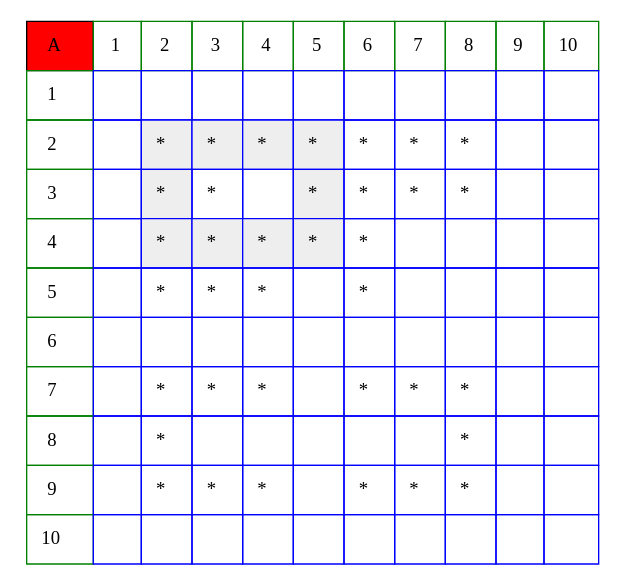
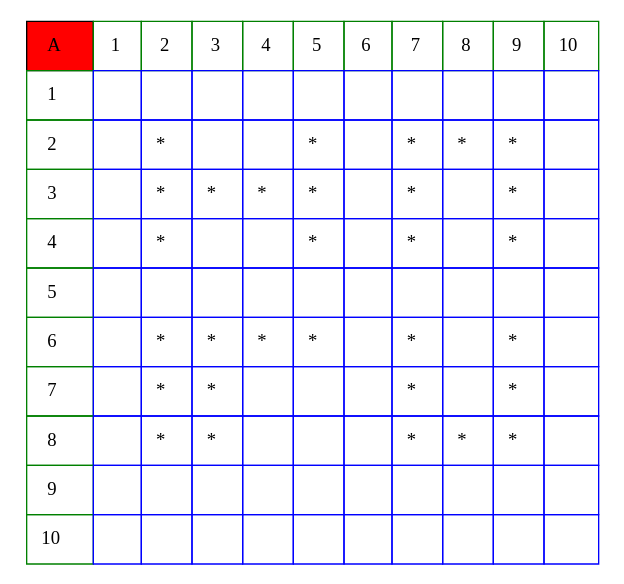
Before and after one commit to AbidelLux/Proyecto02_1S2021IPC2_JAMES: the diagram in Resultado.dot, drawn with Graphviz. The commit also changed 8 other files, not shown here.

```diff
--- a/Resultado.dot
+++ b/Resultado.dot
@@ -1,21 +1,21 @@
 digraph {
 	tbl [
 	size="4,4"
 	shape=plaintext
 	label=<
 
 		<table border="0" color="green" cellpadding="10" cellborder="1" cellspacing="0">
 	<tr><td bgcolor = "red" color="black"> A </td><td color="green">1</td><td color="green">2</td><td color="green">3</td><td color="green">4</td><td color="green">5</td><td color="green">6</td><td color="green">7</td><td color="green">8</td><td color="green">9</td><td color="green">10</td></tr>
 			<tr><td color="green"> 1 </td><td color="blue">   </td><td color="blue">   </td><td color="blue">   </td><td color="blue">   </td><td color="blue">   </td><td color="blue">   </td><td color="blue">   </td><td color="blue">   </td><td color="blue">   </td><td color="blue">   </td></tr>
-			<tr><td color="green"> 2 </td><td color="blue">   </td><td color="blue" bgcolor="#eeeeee"> * </td><td color="blue" bgcolor="#eeeeee"> * </td><td color="blue" bgcolor="#eeeeee"> * </td><td color="blue" bgcolor="#eeeeee"> * </td><td color="blue"> * </td><td color="blue"> * </td><td color="blue"> * </td><td color="blue">   </td><td color="blue">   </td></tr>
-			<tr><td color="green"> 3 </td><td color="blue">   </td><td color="blue" bgcolor="#eeeeee"> * </td><td color="blue"> * </td><td color="blue">   </td><td color="blue" bgcolor="#eeeeee"> * </td><td color="blue"> * </td><td color="blue"> * </td><td color="blue"> * </td><td color="blue">   </td><td color="blue">   </td></tr>
-			<tr><td color="green"> 4 </td><td color="blue">   </td><td color="blue" bgcolor="#eeeeee"> * </td><td color="blue" bgcolor="#eeeeee"> * </td><td color="blue" bgcolor="#eeeeee"> * </td><td color="blue" bgcolor="#eeeeee"> * </td><td color="blue"> * </td><td color="blue">   </td><td color="blue">   </td><td color="blue">   </td><td color="blue">   </td></tr>
-			<tr><td color="green"> 5 </td><td color="blue">   </td><td color="blue"> * </td><td color="blue"> * </td><td color="blue"> * </td><td color="blue">   </td><td color="blue"> * </td><td color="blue">   </td><td color="blue">   </td><td color="blue">   </td><td color="blue">   </td></tr>
-			<tr><td color="green"> 6 </td><td color="blue">   </td><td color="blue">   </td><td color="blue">   </td><td color="blue">   </td><td color="blue">   </td><td color="blue">   </td><td color="blue">   </td><td color="blue">   </td><td color="blue">   </td><td color="blue">   </td></tr>
-			<tr><td color="green"> 7 </td><td color="blue">   </td><td color="blue"> * </td><td color="blue"> * </td><td color="blue"> * </td><td color="blue">   </td><td color="blue"> * </td><td color="blue"> * </td><td color="blue"> * </td><td color="blue">   </td><td color="blue">   </td></tr>
-			<tr><td color="green"> 8 </td><td color="blue">   </td><td color="blue"> * </td><td color="blue">   </td><td color="blue">   </td><td color="blue">   </td><td color="blue">   </td><td color="blue">   </td><td color="blue"> * </td><td color="blue">   </td><td color="blue">   </td></tr>
-			<tr><td color="green"> 9 </td><td color="blue">   </td><td color="blue"> * </td><td color="blue"> * </td><td color="blue"> * </td><td color="blue">   </td><td color="blue"> * </td><td color="blue"> * </td><td color="blue"> * </td><td color="blue">   </td><td color="blue">   </td></tr>
+			<tr><td color="green"> 2 </td><td color="blue">   </td><td color="blue"> * </td><td color="blue">   </td><td color="blue">   </td><td color="blue"> * </td><td color="blue">   </td><td color="blue"> * </td><td color="blue"> * </td><td color="blue"> * </td><td color="blue">   </td></tr>
+			<tr><td color="green"> 3 </td><td color="blue">   </td><td color="blue"> * </td><td color="blue"> * </td><td color="blue"> * </td><td color="blue"> * </td><td color="blue">   </td><td color="blue"> * </td><td color="blue">   </td><td color="blue"> * </td><td color="blue">   </td></tr>
+			<tr><td color="green"> 4 </td><td color="blue">   </td><td color="blue"> * </td><td color="blue">   </td><td color="blue">   </td><td color="blue"> * </td><td color="blue">   </td><td color="blue"> * </td><td color="blue">   </td><td color="blue"> * </td><td color="blue">   </td></tr>
+			<tr><td color="green"> 5 </td><td color="blue">   </td><td color="blue">   </td><td color="blue">   </td><td color="blue">   </td><td color="blue">   </td><td color="blue">   </td><td color="blue">   </td><td color="blue">   </td><td color="blue">   </td><td color="blue">   </td></tr>
+			<tr><td color="green"> 6 </td><td color="blue">   </td><td color="blue"> * </td><td color="blue"> * </td><td color="blue"> * </td><td color="blue"> * </td><td color="blue">   </td><td color="blue"> * </td><td color="blue">   </td><td color="blue"> * </td><td color="blue">   </td></tr>
+			<tr><td color="green"> 7 </td><td color="blue">   </td><td color="blue"> * </td><td color="blue"> * </td><td color="blue">   </td><td color="blue">   </td><td color="blue">   </td><td color="blue"> * </td><td color="blue">   </td><td color="blue"> * </td><td color="blue">   </td></tr>
+			<tr><td color="green"> 8 </td><td color="blue">   </td><td color="blue"> * </td><td color="blue"> * </td><td color="blue">   </td><td color="blue">   </td><td color="blue">   </td><td color="blue"> * </td><td color="blue"> * </td><td color="blue"> * </td><td color="blue">   </td></tr>
+			<tr><td color="green"> 9 </td><td color="blue">   </td><td color="blue">   </td><td color="blue">   </td><td color="blue">   </td><td color="blue">   </td><td color="blue">   </td><td color="blue">   </td><td color="blue">   </td><td color="blue">   </td><td color="blue">   </td></tr>
 			<tr><td color="green"> 10 </td><td color="blue">   </td><td color="blue">   </td><td color="blue">   </td><td color="blue">   </td><td color="blue">   </td><td color="blue">   </td><td color="blue">   </td><td color="blue">   </td><td color="blue">   </td><td color="blue">   </td></tr>
 			</table>
 		>];
 }
```
